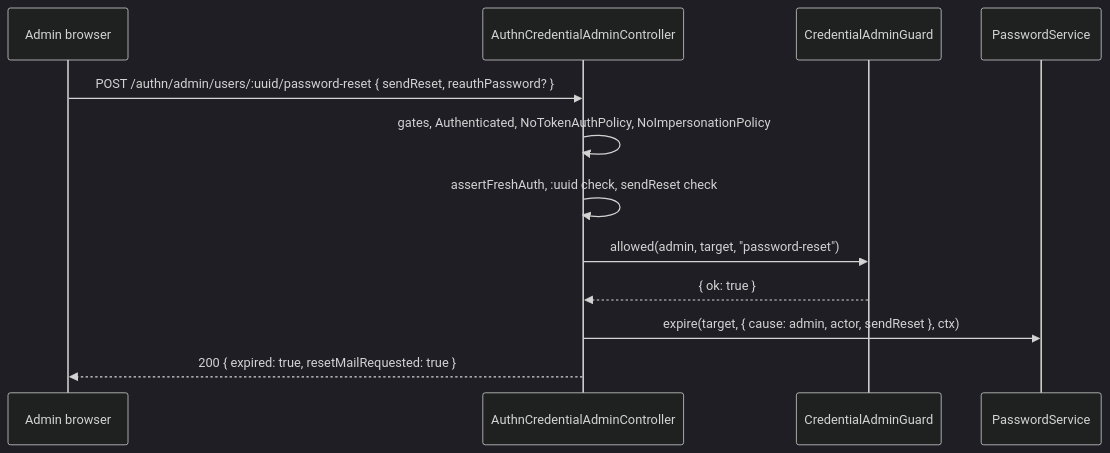
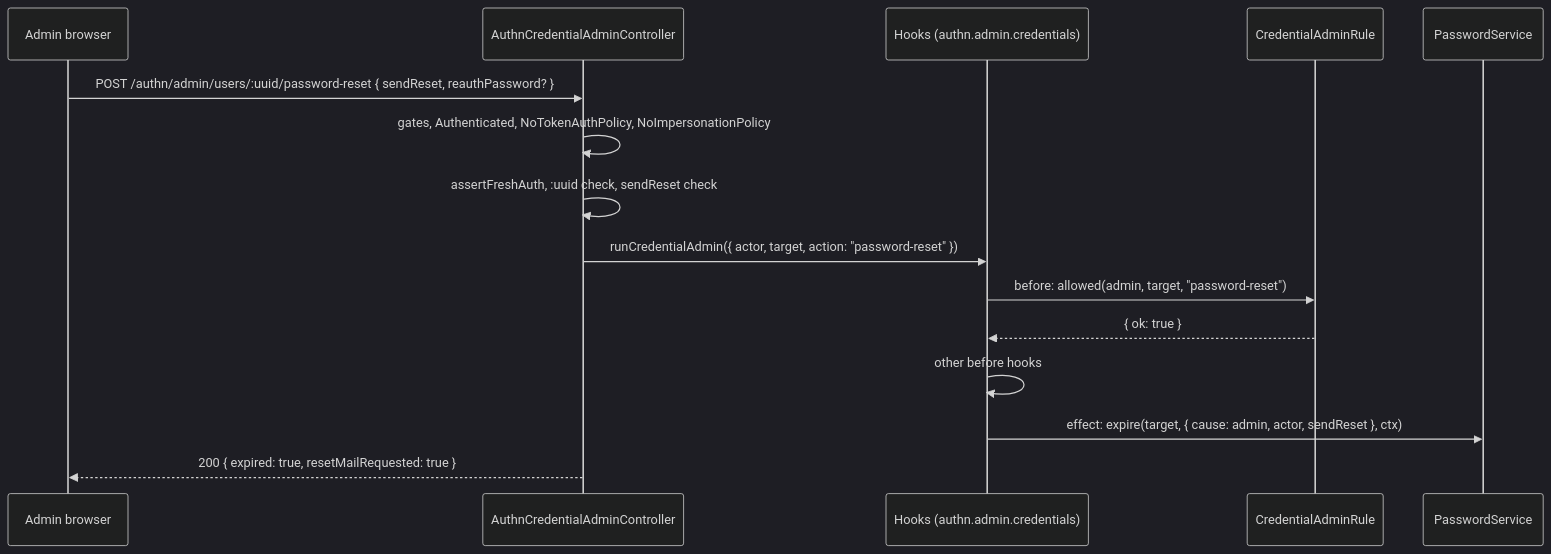
One commit to spinajs/main changed the diagram in docs/authn-http/16-credential-admin-routes.md. Above: the diagram before and after it, drawn with Mermaid (dark theme). The commit also changed other lines of this file and 29 other files, not shown here.

First line of the commit message:
docs: the credential admin rule, the account disable hook, the registration mail hook and the token profile hook

````diff
--- a/docs/authn-http/16-credential-admin-routes.md
+++ b/docs/authn-http/16-credential-admin-routes.md
@@ -25,14 +29,17 @@
 ```mermaid
 sequenceDiagram
   participant A as Admin browser
   participant C as AuthnCredentialAdminController
-  participant G as CredentialAdminGuard
+  participant H as Hooks (authn.admin.credentials)
+  participant G as CredentialAdminRule
   participant P as PasswordService
   A->>C: POST /authn/admin/users/:uuid/password-reset { sendReset, reauthPassword? }
   C->>C: gates, Authenticated, NoTokenAuthPolicy, NoImpersonationPolicy
   C->>C: assertFreshAuth, :uuid check, sendReset check
-  C->>G: allowed(admin, target, "password-reset")
-  G-->>C: { ok: true }
-  C->>P: expire(target, { cause: admin, actor, sendReset }, ctx)
+  C->>H: runCredentialAdmin({ actor, target, action: "password-reset" })
+  H->>G: before: allowed(admin, target, "password-reset")
+  G-->>H: { ok: true }
+  H->>H: other before hooks
+  H->>P: effect: expire(target, { cause: admin, actor, sendReset }, ctx)
   C-->>A: 200 { expired: true, resetMailRequested: true }
 ```
````
